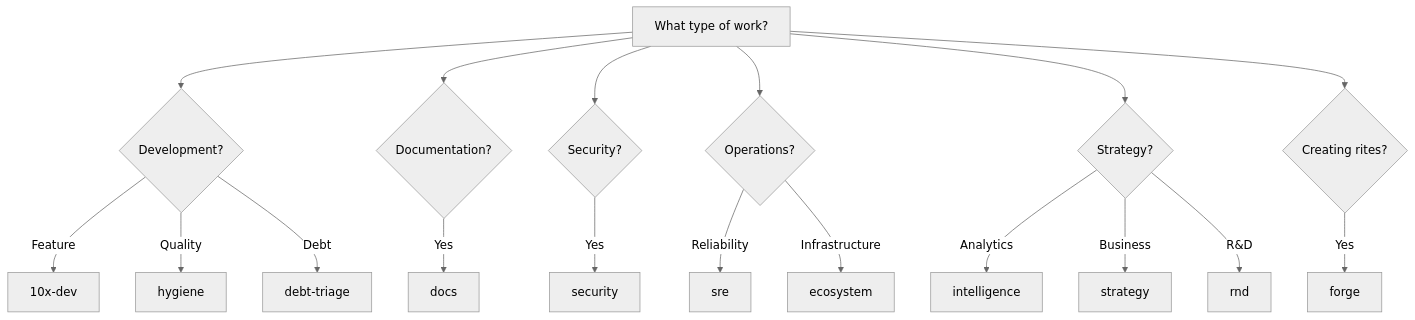
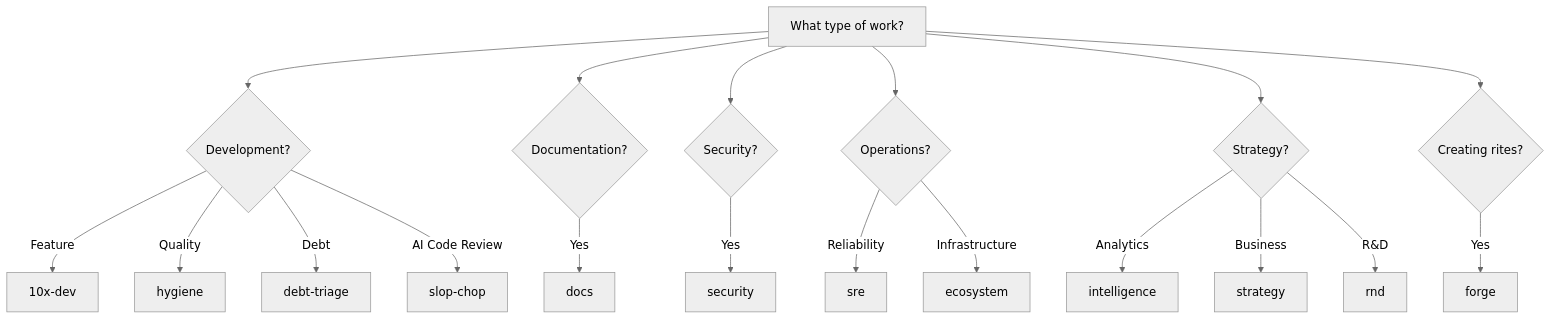
The diagram in docs/doctrine/rites/index.md (autom8y/knossos), drawn with Mermaid (neutral theme) before and after one commit. The commit also changed other lines of this file and 28 other files, not shown here.

First line of the commit message:
feat(mena): ephemeral artifact pipeline, slop-chop rite, interview mena

````diff
--- a/docs/doctrine/rites/index.md
+++ b/docs/doctrine/rites/index.md
@@ -70,25 +72,26 @@
 ```mermaid
 flowchart TD
     A[What type of work?] --> B{Development?}
     B -->|Feature| C[10x-dev]
     B -->|Quality| D[hygiene]
     B -->|Debt| E[debt-triage]
+    B -->|AI Code Review| SC[slop-chop]
 
     A --> F{Documentation?}
     F -->|Yes| G[docs]
 
     A --> H{Security?}
     H -->|Yes| I[security]
 
     A --> J{Operations?}
     J -->|Reliability| K[sre]
     J -->|Infrastructure| L[ecosystem]
 
     A --> M{Strategy?}
     M -->|Analytics| N[intelligence]
     M -->|Business| O[strategy]
     M -->|R&D| P[rnd]
 
     A --> Q{Creating rites?}
     Q -->|Yes| R[forge]
 ```
````
